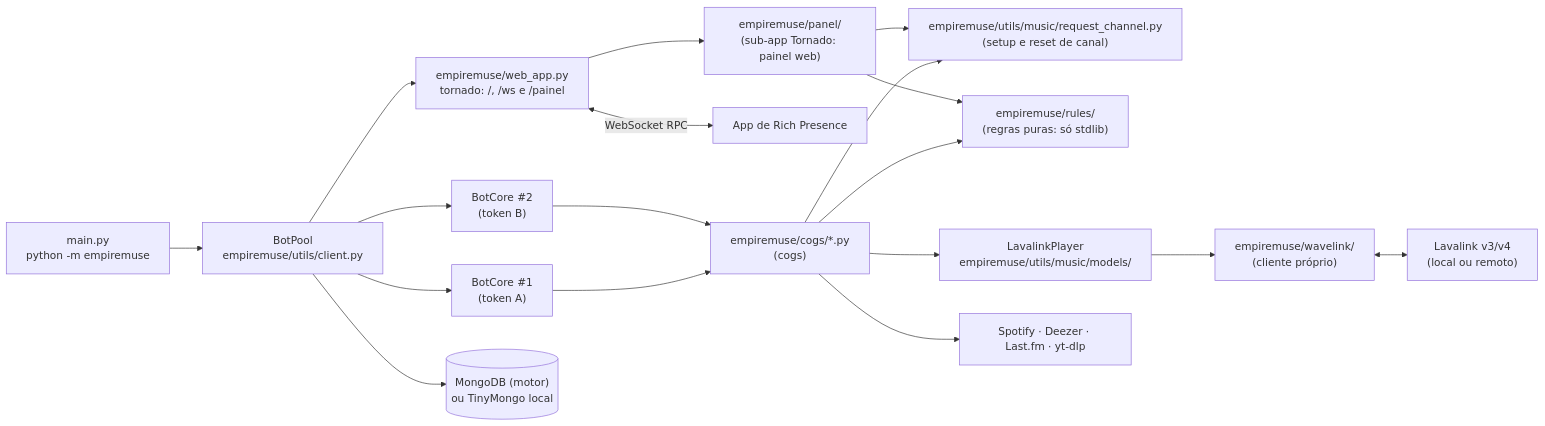
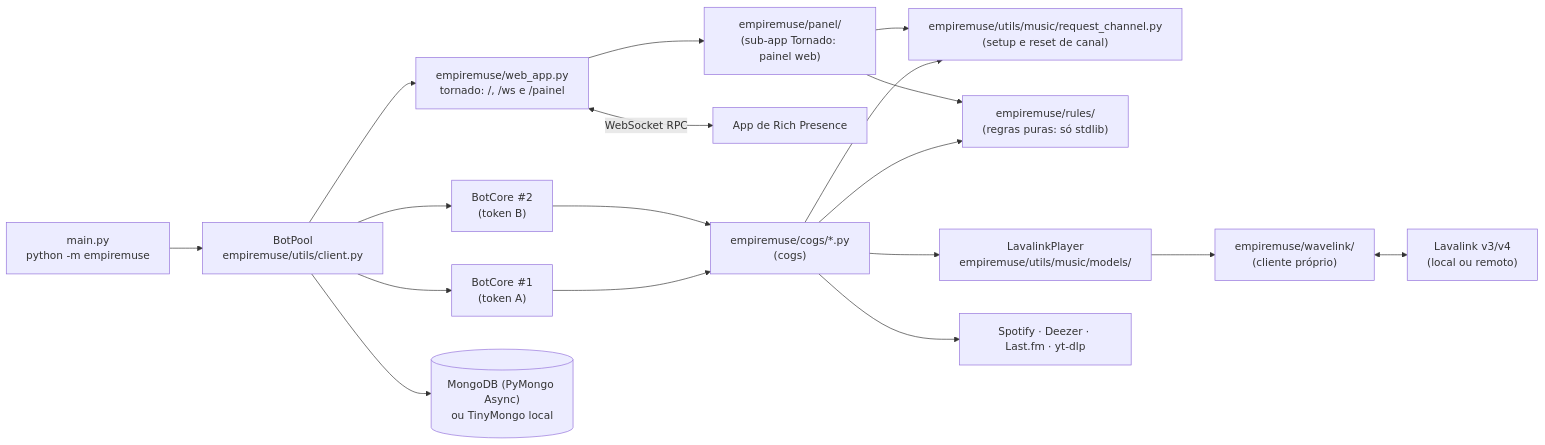
One commit to DEVenur/EmpireMuse changed the diagram in docs/architecture.md. Above: the diagram before and after it, drawn with Mermaid. The commit also changed other lines of this file and 3 other files, not shown here.

Commit message:
docs: PyMongo Async, remoção do nodriver e MONGO_SSL_FIX estrito

````diff
--- a/docs/architecture.md
+++ b/docs/architecture.md
@@ -13,19 +13,19 @@
 ```mermaid
 flowchart LR
     entry["main.py<br/>python -m empiremuse"] --> pool["BotPool<br/>empiremuse/utils/client.py"]
     pool --> b1["BotCore #1<br/>(token A)"]
     pool --> b2["BotCore #2<br/>(token B)"]
     pool --> web["empiremuse/web_app.py<br/>tornado: /, /ws e /painel"]
-    pool --> db[("MongoDB (motor)<br/>ou TinyMongo local")]
+    pool --> db[("MongoDB (PyMongo Async)<br/>ou TinyMongo local")]
     b1 & b2 --> cogs["empiremuse/cogs/*.py<br/>(cogs)"]
     cogs --> req["empiremuse/utils/music/request_channel.py<br/>(setup e reset de canal)"]
     cogs --> rules["empiremuse/rules/<br/>(regras puras: só stdlib)"]
     cogs --> player["LavalinkPlayer<br/>empiremuse/utils/music/models/"]
     player --> wl["empiremuse/wavelink/<br/>(cliente próprio)"]
     wl <--> ll["Lavalink v3/v4<br/>(local ou remoto)"]
     cogs --> ext["Spotify · Deezer · Last.fm · yt-dlp"]
     web <-->|"WebSocket RPC"| rpc["App de Rich Presence"]
     web --> panel["empiremuse/panel/<br/>(sub-app Tornado: painel web)"]
     panel --> req
     panel --> rules
 ```
````
